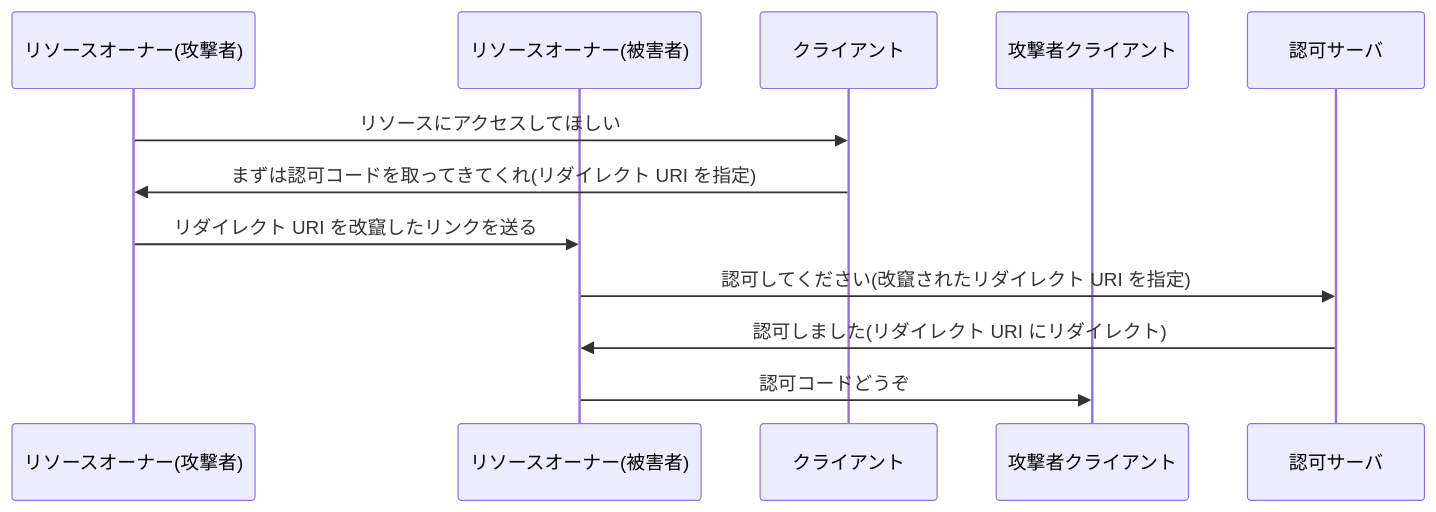
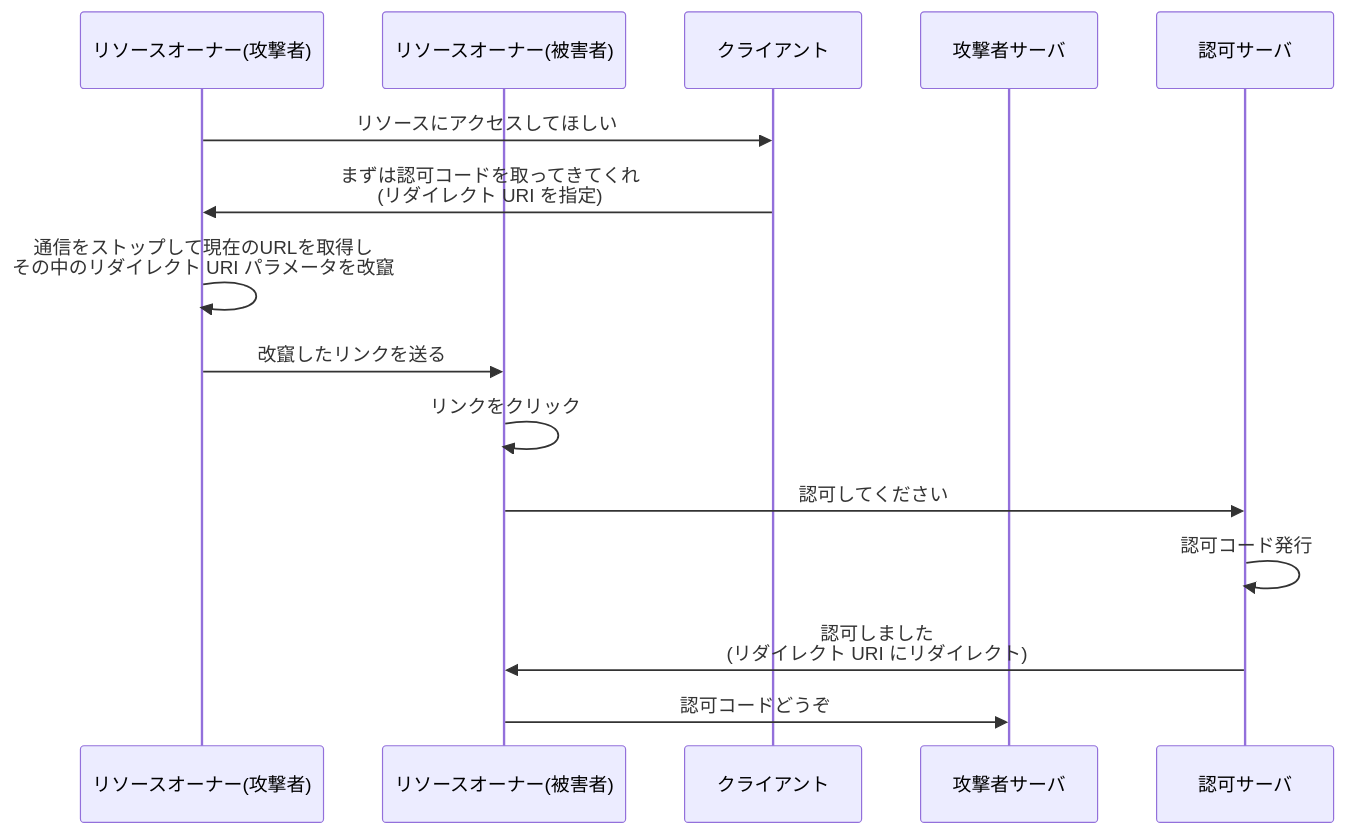
The fourth of 20 diagrams in articles/5e8da6c491e720.md (calloc134/zenn-dir), drawn with Mermaid before and after one commit. The commit also changed other lines of this file, not shown here.

````diff
--- a/articles/5e8da6c491e720.md
+++ b/articles/5e8da6c491e720.md
@@ -822,15 +822,18 @@
 ```mermaid
 sequenceDiagram
     participant リソースオーナー(攻撃者)
     participant リソースオーナー(被害者)
     participant クライアント
-    participant 攻撃者クライアント
+    participant 攻撃者サーバ
     participant 認可サーバ
 
     リソースオーナー(攻撃者)->>クライアント: リソースにアクセスしてほしい
-    クライアント->>リソースオーナー(攻撃者): まずは認可コードを取ってきてくれ(リダイレクト URI を指定)
-    リソースオーナー(攻撃者)->>リソースオーナー(被害者): リダイレクト URI を改竄したリンクを送る
-    リソースオーナー(被害者)->>認可サーバ: 認可してください(改竄されたリダイレクト URI を指定)
-    認可サーバ->>リソースオーナー(被害者): 認可しました(リダイレクト URI にリダイレクト)
-    リソースオーナー(被害者)->>攻撃者クライアント: 認可コードどうぞ
+    クライアント->>リソースオーナー(攻撃者): まずは認可コードを取ってきてくれ<br>(リダイレクト URI を指定)
+    リソースオーナー(攻撃者)->>リソースオーナー(攻撃者): 通信をストップして現在のURLを取得し<br>その中のリダイレクト URI パラメータを改竄
+    リソースオーナー(攻撃者)->>リソースオーナー(被害者): 改竄したリンクを送る
+    リソースオーナー(被害者)->>リソースオーナー(被害者): リンクをクリック
+    リソースオーナー(被害者)->>認可サーバ: 認可してください
+    認可サーバ->>認可サーバ: 認可コード発行
+    認可サーバ->>リソースオーナー(被害者): 認可しました<br>(リダイレクト URI にリダイレクト)
+    リソースオーナー(被害者)->>攻撃者サーバ: 認可コードどうぞ
 ```
````
